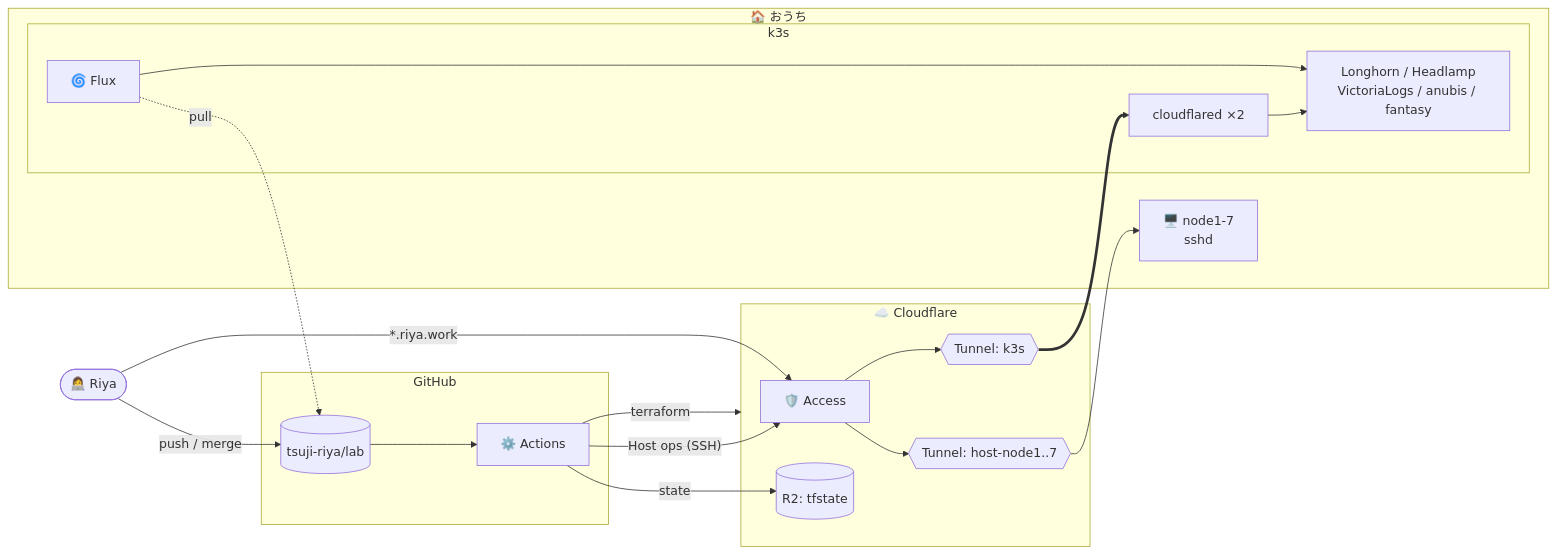
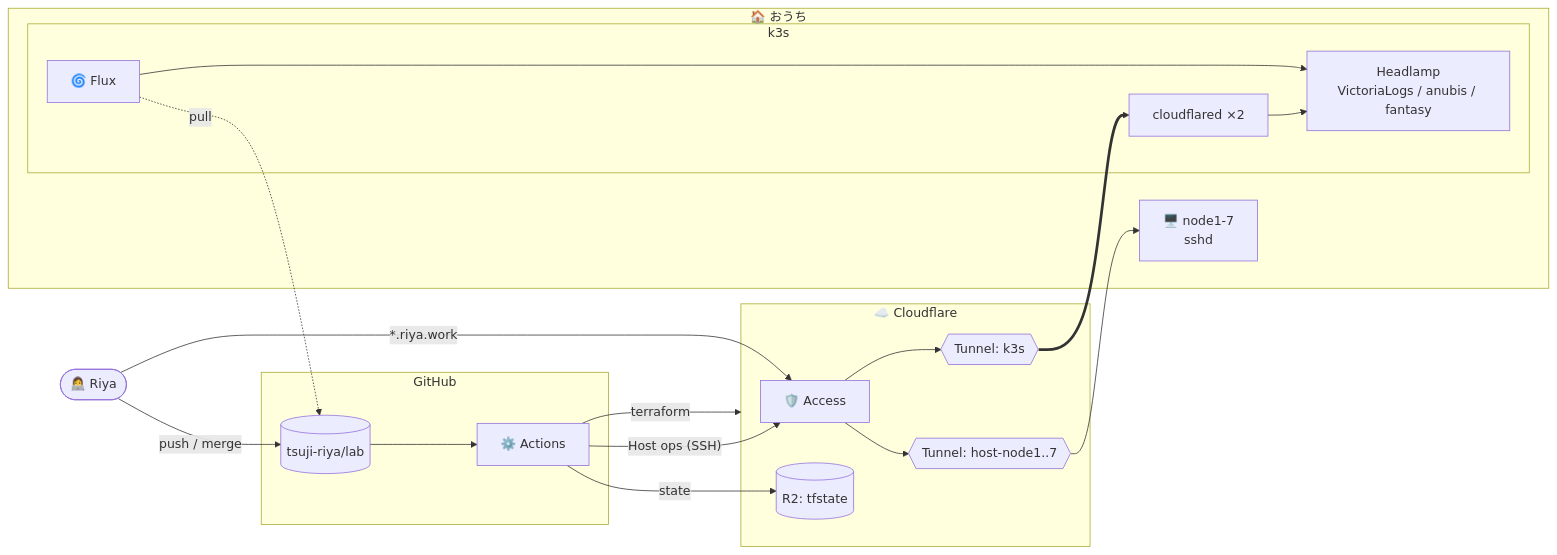
One commit to tsuji-riya/lab changed the first of 3 diagrams in README.md. Above: the diagram before and after it, drawn with Mermaid. The commit also changed other lines of this file and 29 other files, not shown here.

````diff
--- a/README.md
+++ b/README.md
@@ -34,33 +34,33 @@
 ```mermaid
 flowchart LR
     me(["👩‍💻 Riya"])
 
     subgraph GH["GitHub"]
         repo[("tsuji-riya/lab")]
         ci["⚙️ Actions"]
     end
 
     subgraph CF["☁️ Cloudflare"]
         access["🛡️ Access"]
         tk3s{{"Tunnel: k3s"}}
         thost{{"Tunnel: host-node1..7"}}
         r2[("R2: tfstate")]
     end
 
     subgraph HOME["🏠 おうち"]
         subgraph K3S["k3s"]
             flux["🌀 Flux"]
             cfd["cloudflared ×2"]
-            svc["Longhorn / Headlamp<br/>VictoriaLogs / anubis / fantasy"]
+            svc["Headlamp<br/>VictoriaLogs / anubis / fantasy"]
         end
         hosts["🖥️ node1-7<br/>sshd"]
     end
 
     me -- push / merge --> repo --> ci
     ci -- terraform --> CF
     ci -- state --> r2
     ci -- Host ops (SSH) --> access --> thost --> hosts
     flux -. pull .-> repo
     flux --> svc
     me -- "*.riya.work" --> access --> tk3s ==> cfd --> svc
 ```
````
